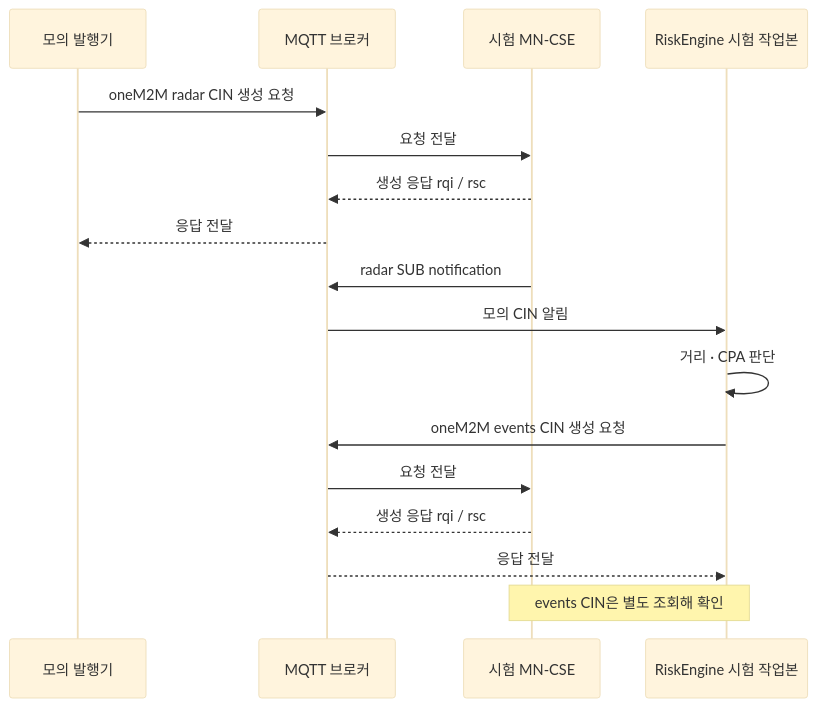
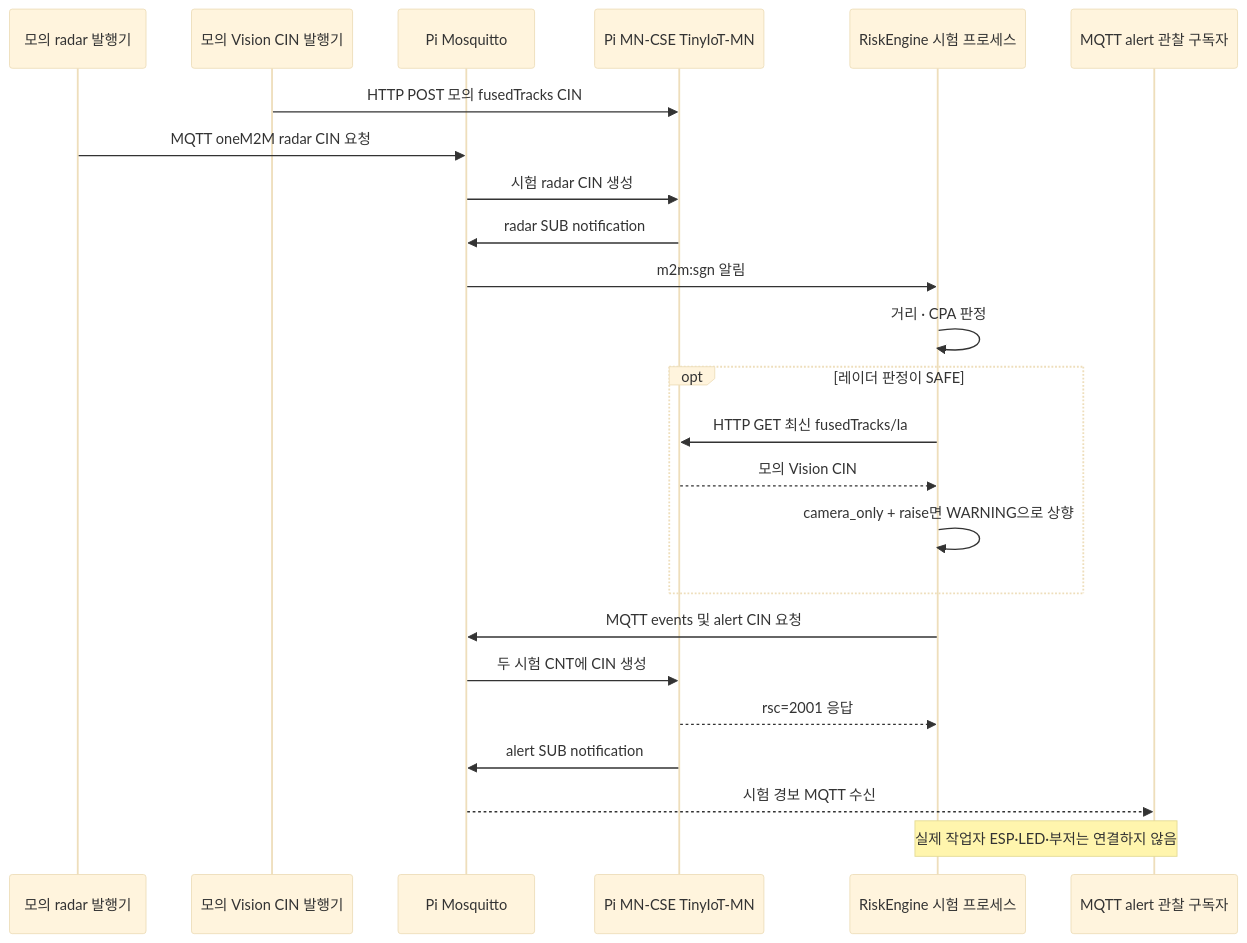
Before and after one commit to extra-7ex/Sejong_4IoT_OneM2M: the third of 4 diagrams in docs/architecture.md, drawn with Mermaid (base theme). The commit also changed other lines of this file and 7 other files, not shown here.

Commit message:
Add RiskEngine alert and Vision advice flow

````diff
--- a/docs/architecture.md
+++ b/docs/architecture.md
@@ -53,19 +112,26 @@
 ```mermaid
 sequenceDiagram
-  participant P as 모의 발행기
-  participant B as MQTT 브로커
-  participant C as 시험 MN-CSE
-  participant R as RiskEngine 시험 작업본
-  P->>B: oneM2M radar CIN 생성 요청
-  B->>C: 요청 전달
-  C-->>B: 생성 응답 rqi / rsc
-  B-->>P: 응답 전달
+  participant P as 모의 radar 발행기
+  participant V as 모의 Vision CIN 발행기
+  participant B as Pi Mosquitto
+  participant C as Pi MN-CSE TinyIoT-MN
+  participant R as RiskEngine 시험 프로세스
+  participant O as MQTT alert 관찰 구독자
+  V->>C: HTTP POST 모의 fusedTracks CIN
+  P->>B: MQTT oneM2M radar CIN 요청
+  B->>C: 시험 radar CIN 생성
   C->>B: radar SUB notification
-  B->>R: 모의 CIN 알림
-  R->>R: 거리 · CPA 판단
-  R->>B: oneM2M events CIN 생성 요청
-  B->>C: 요청 전달
-  C-->>B: 생성 응답 rqi / rsc
-  B-->>R: 응답 전달
-  Note over C,R: events CIN은 별도 조회해 확인
+  B->>R: m2m:sgn 알림
+  R->>R: 거리 · CPA 판정
+  opt 레이더 판정이 SAFE
+    R->>C: HTTP GET 최신 fusedTracks/la
+    C-->>R: 모의 Vision CIN
+    R->>R: camera_only + raise면 WARNING으로 상향
+  end
+  R->>B: MQTT events 및 alert CIN 요청
+  B->>C: 두 시험 CNT에 CIN 생성
+  C-->>R: rsc=2001 응답
+  C->>B: alert SUB notification
+  B-->>O: 시험 경보 MQTT 수신
+  Note over R,O: 실제 작업자 ESP·LED·부저는 연결하지 않음
 ```
````
